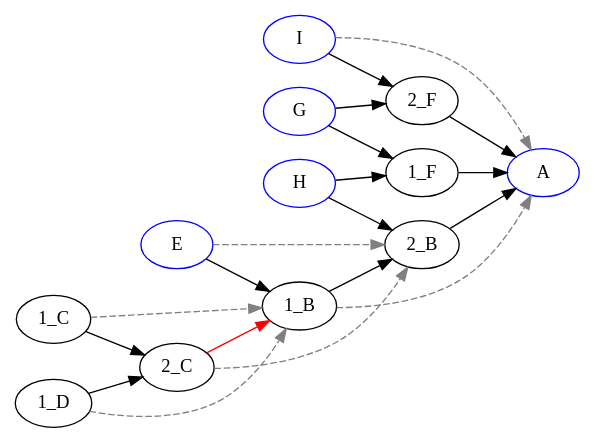
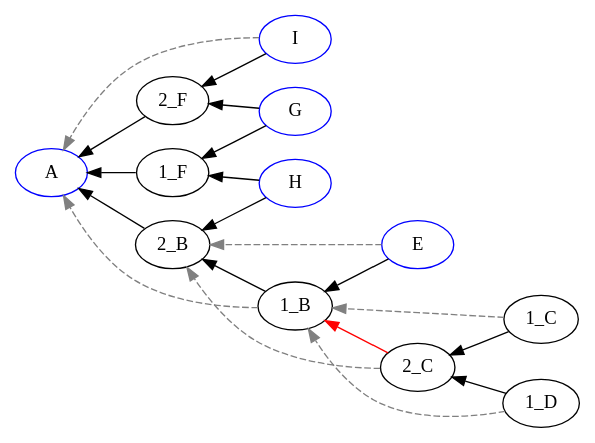
Before and after one commit to EulerProject/EulerX: the diagram in example/output/abstract/abstract.dot, drawn with Graphviz.

Commit message:
LR to RL

```diff
--- a/example/output/abstract/abstract.dot
+++ b/example/output/abstract/abstract.dot
@@ -1,29 +1,29 @@
 digraph {
 
-rankdir = LR
+rankdir = RL
 
 "A" [color=blue];
 "E" [color=blue];
 "G" [color=blue];
 "H" [color=blue];
 "I" [color=blue];
 "1_B" -> "2_B" [style=filled, color=black];
 "1_C" -> "2_C" [style=filled, color=black];
 "1_D" -> "2_C" [style=filled, color=black];
 "2_C" -> "1_B" [style=filled, color=red];
 "1_F" -> "A" [style=filled, color=black];
 "2_B" -> "A" [style=filled, color=black];
 "2_F" -> "A" [style=filled, color=black];
 "E" -> "1_B" [style=filled, color=black];
 "G" -> "1_F" [style=filled, color=black];
 "G" -> "2_F" [style=filled, color=black];
 "H" -> "1_F" [style=filled, color=black];
 "H" -> "2_B" [style=filled, color=black];
 "I" -> "2_F" [style=filled, color=black];
 "1_B" -> "A" [style=dashed, color=grey];
 "1_C" -> "1_B" [style=dashed, color=grey];
 "1_D" -> "1_B" [style=dashed, color=grey];
 "2_C" -> "2_B" [style=dashed, color=grey];
 "E" -> "2_B" [style=dashed, color=grey];
 "I" -> "A" [style=dashed, color=grey];
 }
```
